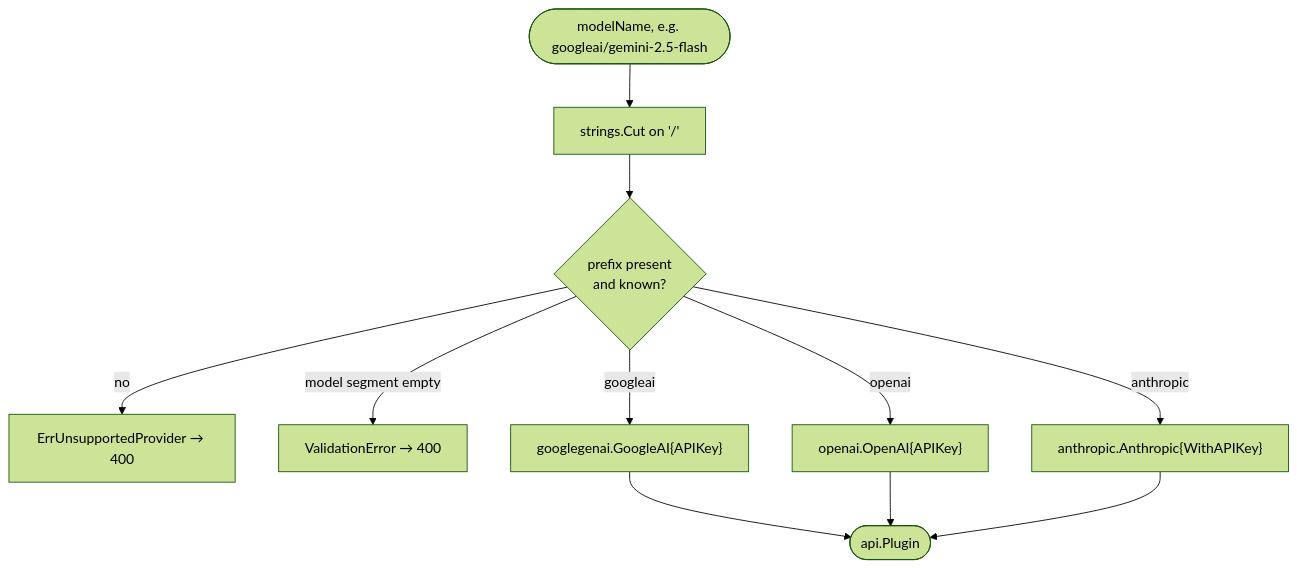
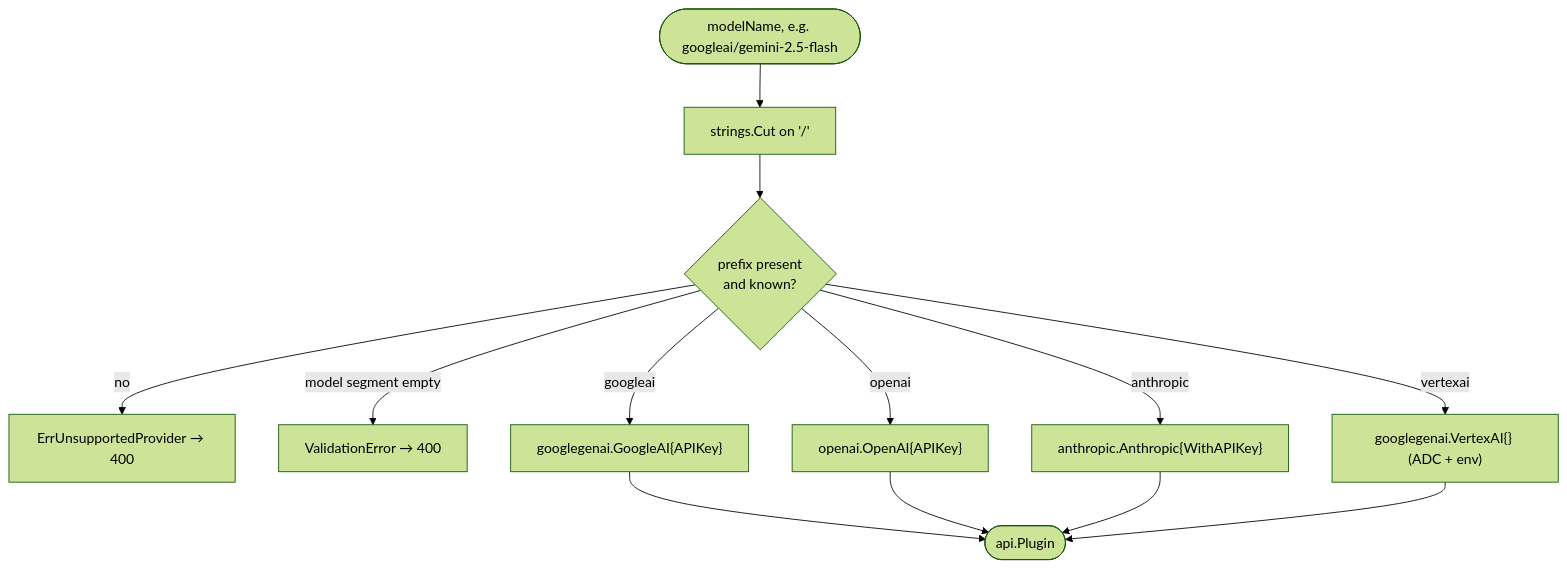
The eighth of 10 diagrams in docs/architecture.md (nicolapasqua99/genkit-proxy), drawn with Mermaid (forest theme) before and after one commit. The commit also changed other lines of this file and 7 other files, not shown here.

````diff
--- a/docs/architecture.md
+++ b/docs/architecture.md
@@ -225,13 +228,15 @@
 ```mermaid
 flowchart TD
     start(["modelName, e.g. googleai/gemini-2.5-flash"]) --> cut["strings.Cut on '/'"]
     cut --> ok{"prefix present<br/>and known?"}
     ok -->|no| unsup["ErrUnsupportedProvider → 400"]
     ok -->|"model segment empty"| valerr["ValidationError → 400"]
     ok -->|googleai| g["googlegenai.GoogleAI{APIKey}"]
     ok -->|openai| o["openai.OpenAI{APIKey}"]
     ok -->|anthropic| a["anthropic.Anthropic{WithAPIKey}"]
+    ok -->|vertexai| v["googlegenai.VertexAI{} (ADC + env)"]
     g --> plug([api.Plugin])
     o --> plug
     a --> plug
+    v --> plug
 ```
````
